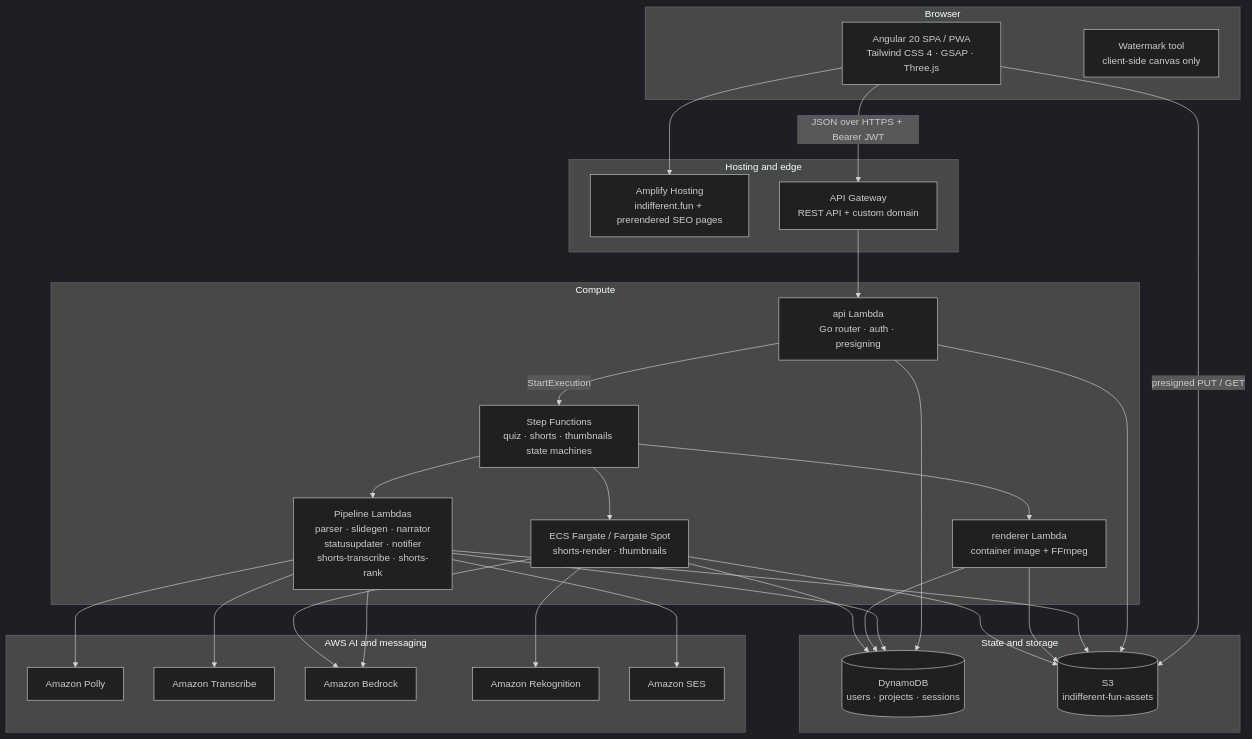
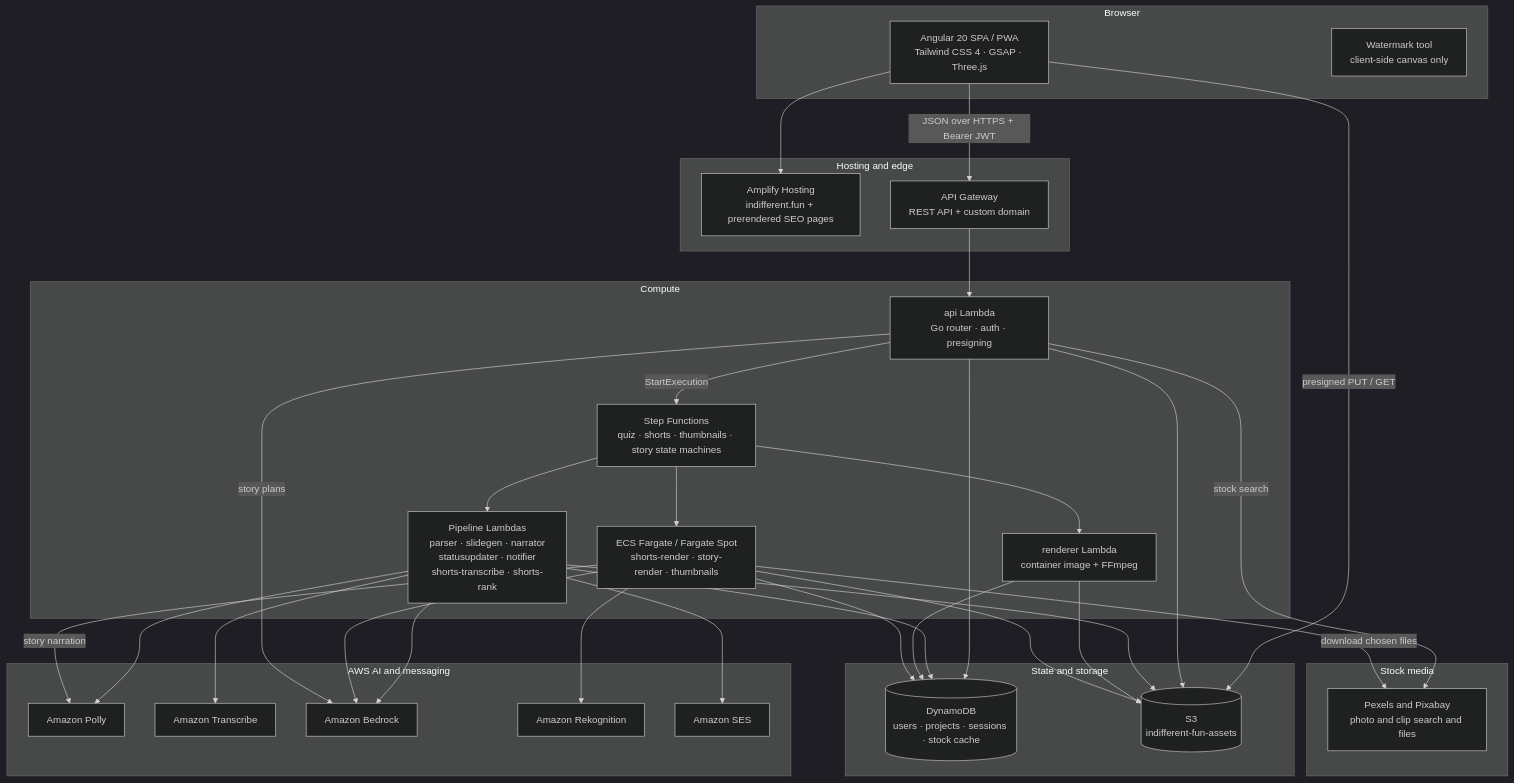
Before and after one commit to RahulKumar1119/indifferent: the first of 6 diagrams in README.md, drawn with Mermaid (dark theme). The commit also changed other lines of this file, not shown here.

Commit message:
Describe the Story to video tool in the README: pipeline, API, data, limits (#162)

````diff
--- a/README.md
+++ b/README.md
@@ -53,60 +57,67 @@
 ```mermaid
 flowchart TB
     subgraph Browser["Browser"]
         UI["Angular 20 SPA / PWA<br/>Tailwind CSS 4 · GSAP · Three.js"]
         WATERMARK["Watermark tool<br/>client-side canvas only"]
     end
 
     subgraph Edge["Hosting and edge"]
         AMP["Amplify Hosting<br/>indifferent.fun + prerendered SEO pages"]
         APIGW["API Gateway<br/>REST API + custom domain"]
     end
 
     subgraph Compute["Compute"]
         API["api Lambda<br/>Go router · auth · presigning"]
-        SFN["Step Functions<br/>quiz · shorts · thumbnails state machines"]
+        SFN["Step Functions<br/>quiz · shorts · thumbnails · story state machines"]
         LAMBDAS["Pipeline Lambdas<br/>parser · slidegen · narrator<br/>statusupdater · notifier<br/>shorts-transcribe · shorts-rank"]
         RENDERER["renderer Lambda<br/>container image + FFmpeg"]
-        FARGATE["ECS Fargate / Fargate Spot<br/>shorts-render · thumbnails"]
+        FARGATE["ECS Fargate / Fargate Spot<br/>shorts-render · story-render · thumbnails"]
     end
 
     subgraph Data["State and storage"]
-        DDB[("DynamoDB<br/>users · projects · sessions")]
+        DDB[("DynamoDB<br/>users · projects · sessions · stock cache")]
         S3[("S3<br/>indifferent-fun-assets")]
     end
 
+    subgraph Stock["Stock media"]
+        STOCKLIB["Pexels and Pixabay<br/>photo and clip search and files"]
+    end
     subgraph AWS["AWS AI and messaging"]
         POLLY["Amazon Polly"]
         TRANSCRIBE["Amazon Transcribe"]
         BEDROCK["Amazon Bedrock"]
         REKOG["Amazon Rekognition"]
         SES["Amazon SES"]
     end
 
     UI --> AMP
     UI -->|"JSON over HTTPS + Bearer JWT"| APIGW
     UI -->|"presigned PUT / GET"| S3
     APIGW --> API
     API --> DDB
     API --> S3
     API -->|"StartExecution"| SFN
 
     SFN --> LAMBDAS
     SFN --> RENDERER
     SFN --> FARGATE
 
     LAMBDAS --> POLLY
     LAMBDAS --> TRANSCRIBE
     LAMBDAS --> BEDROCK
     LAMBDAS --> SES
     LAMBDAS --> S3
     LAMBDAS --> DDB
 
     RENDERER --> S3
     RENDERER --> DDB
 
     FARGATE --> REKOG
     FARGATE --> BEDROCK
     FARGATE --> S3
     FARGATE --> DDB
+    API -->|"story plans"| BEDROCK
+    API -->|"stock search"| STOCKLIB
+    FARGATE -->|"story narration"| POLLY
+    FARGATE -->|"download chosen files"| STOCKLIB
 ```
````
